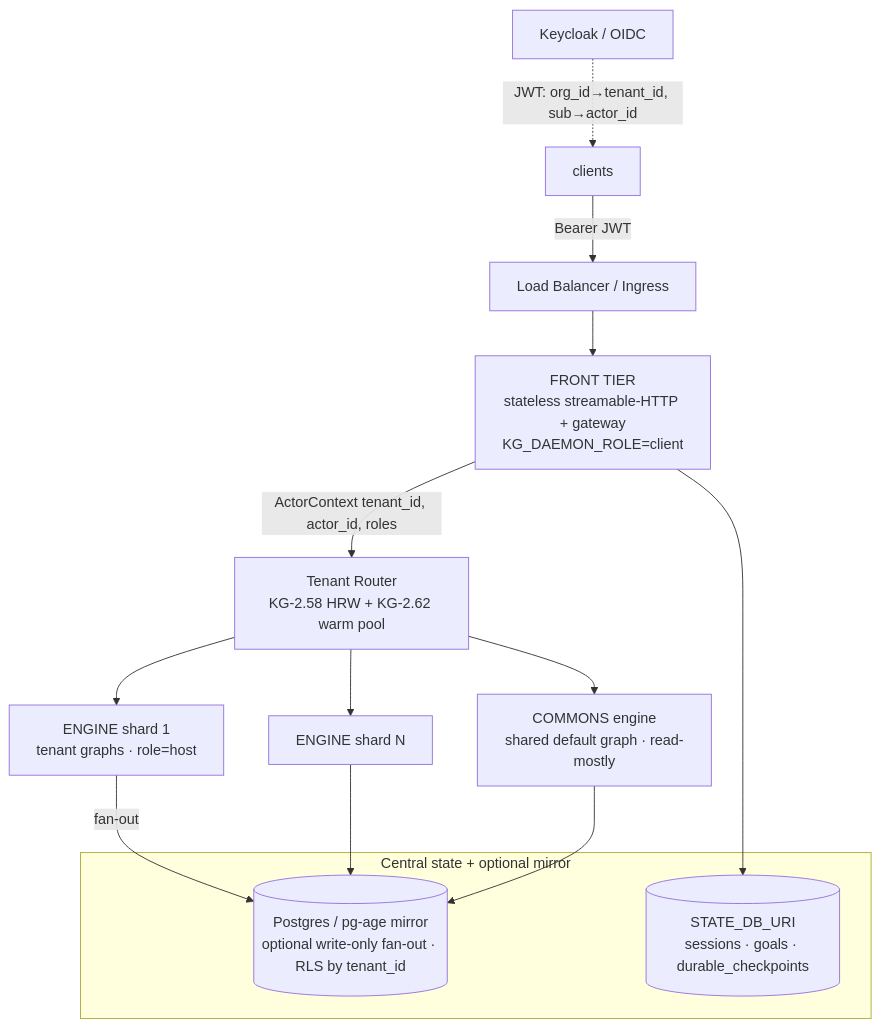
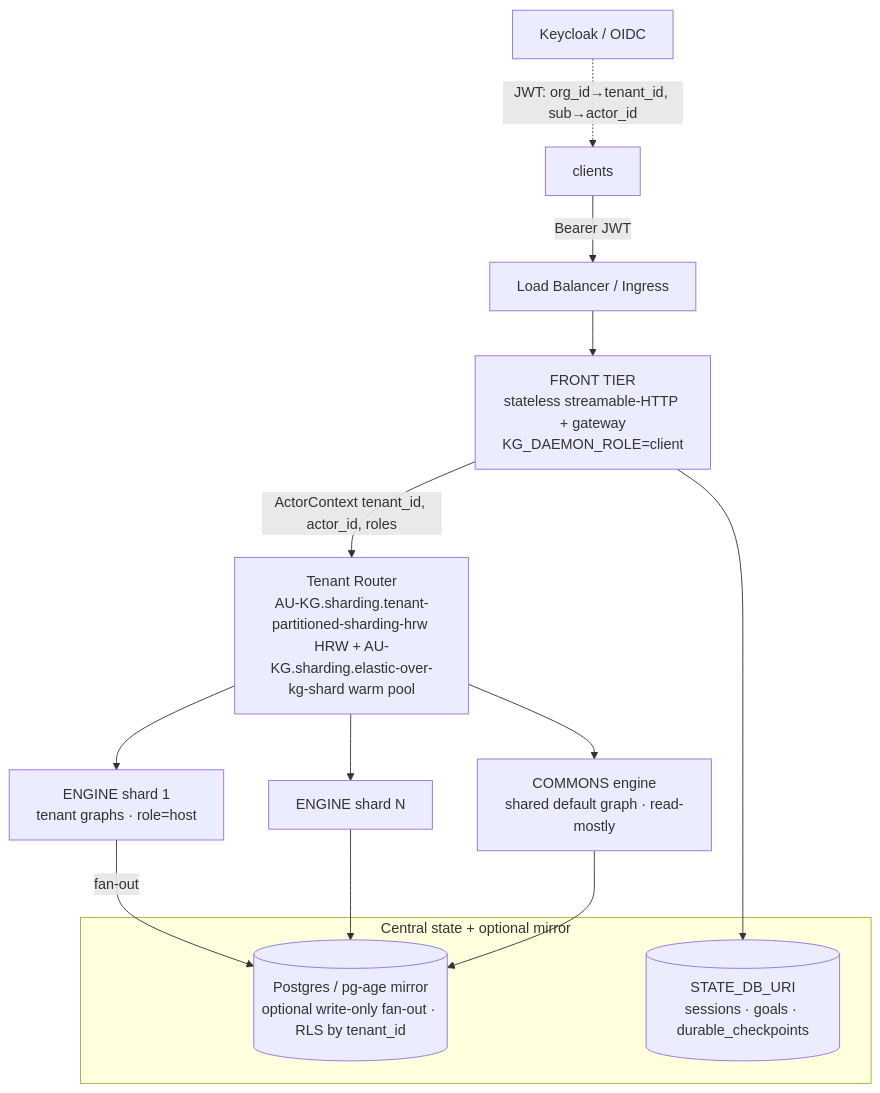
The first of 3 diagrams in docs/architecture/multi_tenant_streamable_http.md (Knuckles-Team/agent-utilities), drawn with Mermaid before and after one commit. The commit also changed other lines of this file and 2324 other files, not shown here.

````diff
--- a/docs/architecture/multi_tenant_streamable_http.md
+++ b/docs/architecture/multi_tenant_streamable_http.md
@@ -23,18 +23,18 @@
 ```mermaid
 flowchart TD
     KC[Keycloak / OIDC] -.->|JWT: org_id→tenant_id, sub→actor_id| C[clients]
     C -->|Bearer JWT| LB[Load Balancer / Ingress]
     LB --> F["FRONT TIER<br/>stateless streamable-HTTP + gateway<br/>KG_DAEMON_ROLE=client"]
-    F -->|ActorContext tenant_id, actor_id, roles| R["Tenant Router<br/>KG-2.58 HRW + KG-2.62 warm pool"]
+    F -->|ActorContext tenant_id, actor_id, roles| R["Tenant Router<br/>AU-KG.sharding.tenant-partitioned-sharding-hrw HRW + AU-KG.sharding.elastic-over-kg-shard warm pool"]
     R --> E1["ENGINE shard 1<br/>tenant graphs · role=host"]
     R --> E2[ENGINE shard N]
     R --> CM["COMMONS engine<br/>shared default graph · read-mostly"]
     E1 -->|fan-out| L3
     E2 --> L3
     CM --> L3
     F --> ST
     subgraph DURABLE [Central state + optional mirror]
       L3[("Postgres / pg-age mirror<br/>optional write-only fan-out · RLS by tenant_id")]
       ST[("STATE_DB_URI<br/>sessions · goals · durable_checkpoints")]
     end
 ```
````
